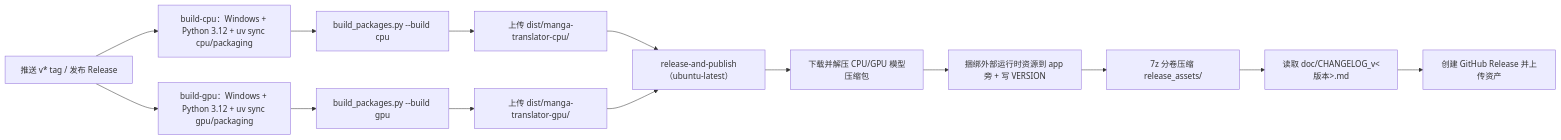
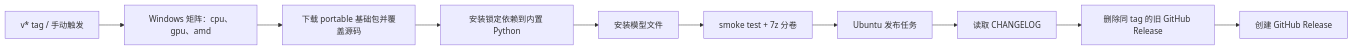
One commit to hgmzhn/manga-translator-ui changed the second of 2 diagrams in doc/wiki/zh/developer/packaging-and-release.md. Above: the diagram before and after it, drawn with Mermaid. The commit also changed other lines of this file and 3 other files, not shown here.

````diff
--- a/doc/wiki/zh/developer/packaging-and-release.md
+++ b/doc/wiki/zh/developer/packaging-and-release.md
@@ -98,16 +101,12 @@
 ```mermaid
 flowchart LR
-    T["推送 v* tag / 发布 Release"] --> C["build-cpu：Windows + Python 3.12 + uv sync cpu/packaging"]
-    T --> G["build-gpu：Windows + Python 3.12 + uv sync gpu/packaging"]
-    C --> A1["build_packages.py --build cpu"]
-    G --> A2["build_packages.py --build gpu"]
-    A1 --> U1["上传 dist/manga-translator-cpu/"]
-    A2 --> U2["上传 dist/manga-translator-gpu/"]
-    U1 --> R["release-and-publish（ubuntu-latest）"]
-    U2 --> R
-    R --> M["下载并解压 CPU/GPU 模型压缩包"]
-    M --> B["捆绑外部运行时资源到 app 旁 + 写 VERSION"]
-    B --> Z["7z 分卷压缩 release_assets/"]
-    Z --> L["读取 doc/CHANGELOG_v<版本>.md"]
-    L --> RL["创建 GitHub Release 并上传资产"]
+    T["v* tag / 手动触发"] --> C["Windows 矩阵：cpu、gpu、amd"]
+    C --> P["下载 portable 基础包并覆盖源码"]
+    P --> D["安装锁定依赖到内置 Python"]
+    D --> M["安装模型文件"]
+    M --> A["smoke test + 7z 分卷"]
+    A --> R["Ubuntu 发布任务"]
+    R --> L["读取 CHANGELOG"]
+    L --> X["删除同 tag 的旧 GitHub Release"]
+    X --> G["创建 GitHub Release"]
 ```
````
